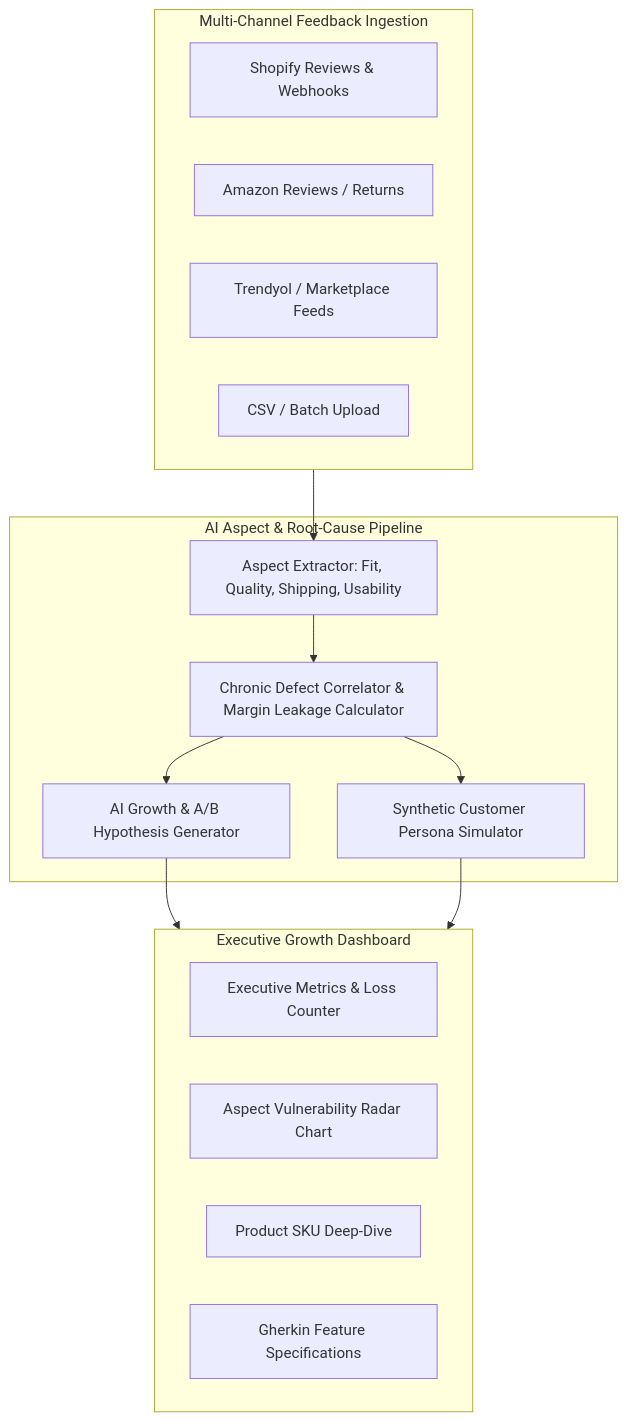
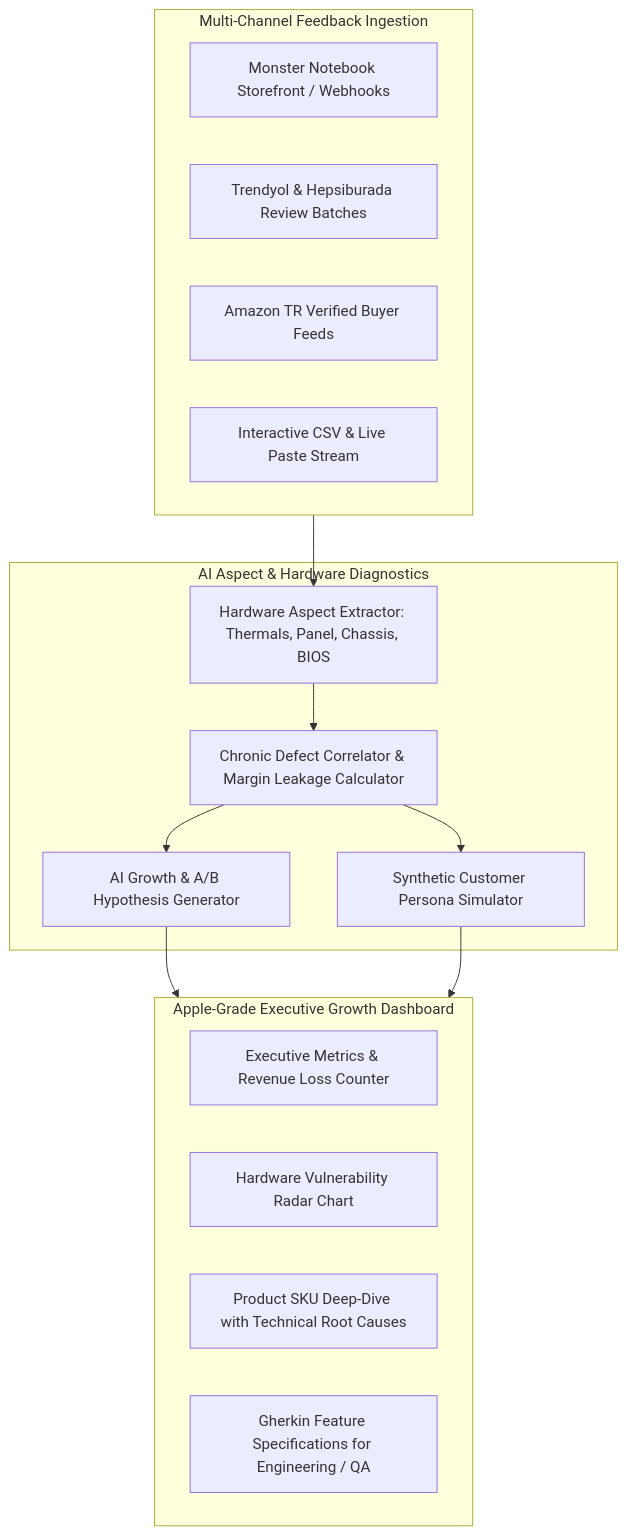
Before and after one commit to Tngc93/Omni-Channel-E-Commerce-Growth-Review-Intelligence-Engine.: the diagram in README.md, drawn with Mermaid. The commit also changed other lines of this file and 21 other files, not shown here.

Commit message:
feat: Apple-grade UI redesign and Monster Notebook hardware expansion

````diff
--- a/README.md
+++ b/README.md
@@ -29,30 +30,30 @@
 ```mermaid
 graph TD
     subgraph Multi_Channel_Ingestion [Multi-Channel Feedback Ingestion]
-        A1[Shopify Reviews & Webhooks]
-        A2[Amazon Reviews / Returns]
-        A3[Trendyol / Marketplace Feeds]
-        A4[CSV / Batch Upload]
+        A1[Monster Notebook Storefront / Webhooks]
+        A2[Trendyol & Hepsiburada Review Batches]
+        A3[Amazon TR Verified Buyer Feeds]
+        A4[Interactive CSV & Live Paste Stream]
     end
 
-    subgraph AI_Intelligence_Pipeline [AI Aspect & Root-Cause Pipeline]
-        B[Aspect Extractor: Fit, Quality, Shipping, Usability]
+    subgraph AI_Intelligence_Pipeline [AI Aspect & Hardware Diagnostics]
+        B[Hardware Aspect Extractor: Thermals, Panel, Chassis, BIOS]
         C[Chronic Defect Correlator & Margin Leakage Calculator]
         D[AI Growth & A/B Hypothesis Generator]
         E[Synthetic Customer Persona Simulator]
     end
 
-    subgraph Presentation_Layer [Executive Growth Dashboard]
-        F1[Executive Metrics & Loss Counter]
-        F2[Aspect Vulnerability Radar Chart]
-        F3[Product SKU Deep-Dive]
-        F4[Gherkin Feature Specifications]
+    subgraph Presentation_Layer [Apple-Grade Executive Growth Dashboard]
+        F1[Executive Metrics & Revenue Loss Counter]
+        F2[Hardware Vulnerability Radar Chart]
+        F3[Product SKU Deep-Dive with Technical Root Causes]
+        F4[Gherkin Feature Specifications for Engineering / QA]
     end
 
     Multi_Channel_Ingestion --> B
     B --> C
     C --> D
     C --> E
     D --> Presentation_Layer
     E --> Presentation_Layer
 ```
````
